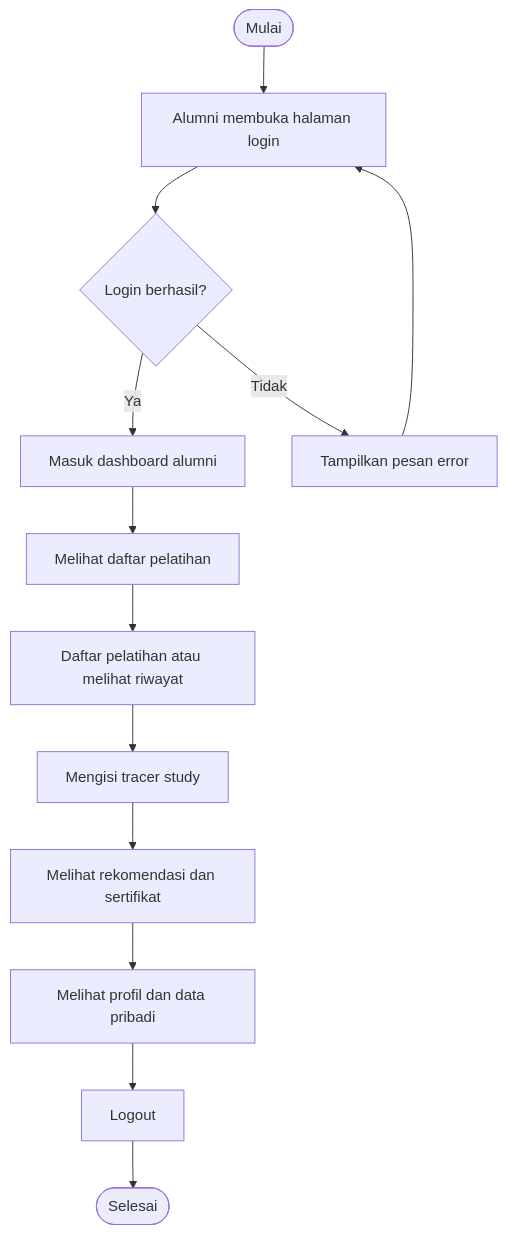
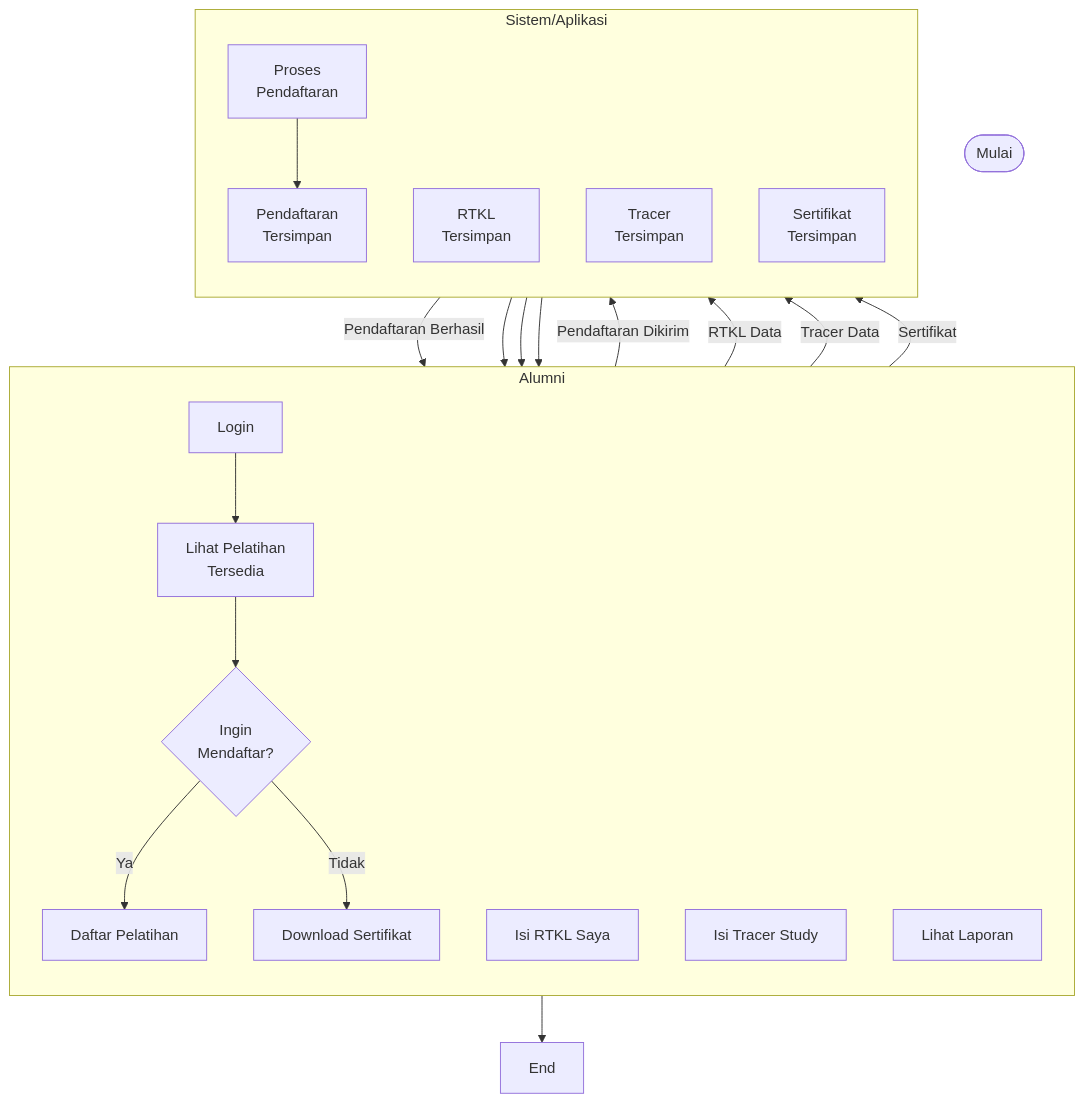
The diagram in diagram/alumni_activity.mmd (hafiz4m1/SISTEM_INFORMASI_MANAJEMEN_PELATIHAN_DAN_ALUMNI), drawn with Mermaid before and after one commit. The commit also changed 47 other files, not shown here.

```diff
--- a/diagram/alumni_activity.mmd
+++ b/diagram/alumni_activity.mmd
@@ -1,13 +1,38 @@
 flowchart TD
-    A([Mulai]) --> B[Alumni membuka halaman login]
-    B --> C{Login berhasil?}
-    C -- Ya --> D[Masuk dashboard alumni]
-    C -- Tidak --> E[Tampilkan pesan error]
-    E --> B
-    D --> F[Melihat daftar pelatihan]
-    F --> G[Daftar pelatihan atau melihat riwayat]
-    G --> H[Mengisi tracer study]
-    H --> I[Melihat rekomendasi dan sertifikat]
-    I --> J[Melihat profil dan data pribadi]
-    J --> K[Logout]
-    K --> L([Selesai])
+    Start([Mulai])
+    
+    subgraph Alumni["Alumni"]
+        direction TB
+        A[Login]
+        B[Lihat Pelatihan<br/>Tersedia]
+        C{Ingin<br/>Mendaftar?}
+        D[Daftar Pelatihan]
+        E[Isi RTKL Saya]
+        F[Isi Tracer Study]
+        G[Download Sertifikat]
+        H[Lihat Laporan]
+    end
+
+    subgraph System["Sistem/Aplikasi"]
+        direction TB
+        X[Proses<br/>Pendaftaran]
+        Y[Pendaftaran<br/>Tersimpan]
+        Z[RTKL<br/>Tersimpan]
+        V[Tracer<br/>Tersimpan]
+        W[Sertifikat<br/>Tersimpan]
+    end
+
+    A --> B
+    B --> C
+    C -->|Ya| D
+    C -->|Tidak| G
+    D -->|Pendaftaran Dikirim| X
+    X --> Y
+    Y -->|Pendaftaran Berhasil| E
+    E -->|RTKL Data| Z
+    Z --> F
+    F -->|Tracer Data| V
+    V --> G
+    G -->|Sertifikat| W
+    W --> H
+    H --> End
```
